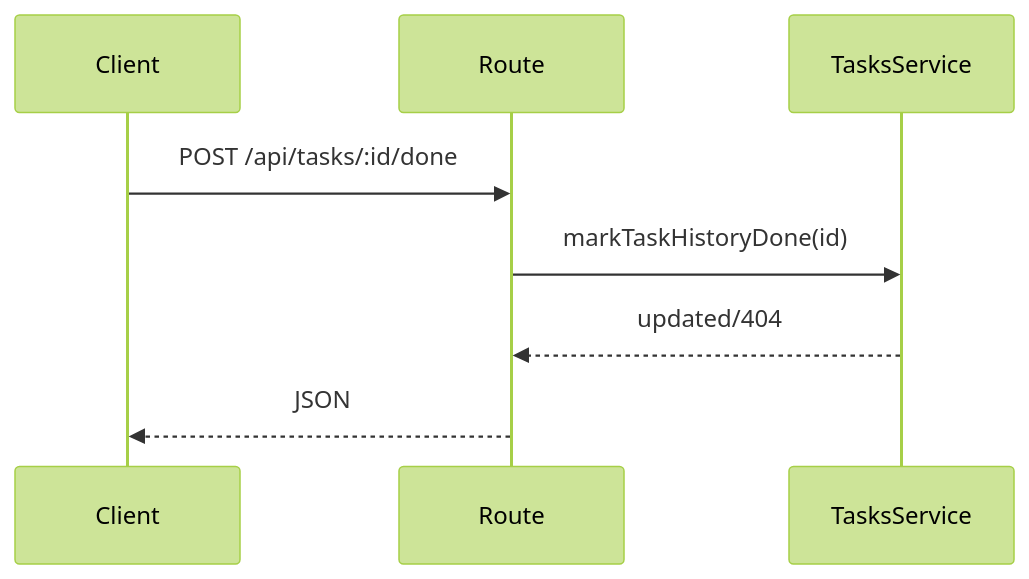
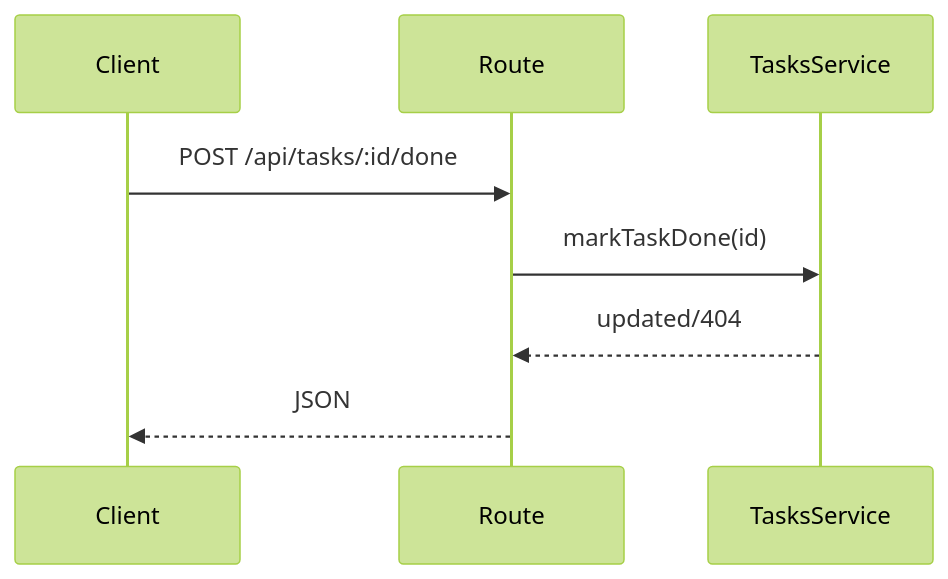
The eighth of 8 diagrams in src/backend/domains/tasks/README.md (TurtleStoffel/tektite-console), drawn with Mermaid (forest theme) before and after one commit. The commit also changed other lines of this file and 11 other files, not shown here.

Commit message:
Rename Task History to Task

````diff
--- a/src/backend/domains/tasks/README.md
+++ b/src/backend/domains/tasks/README.md
@@ -94,10 +94,10 @@
 ```mermaid
 sequenceDiagram
     participant Client
     participant Route
     participant TasksService
     Client->>Route: POST /api/tasks/:id/done
-    Route->>TasksService: markTaskHistoryDone(id)
+    Route->>TasksService: markTaskDone(id)
     TasksService-->>Route: updated/404
     Route-->>Client: JSON
 ```
````
